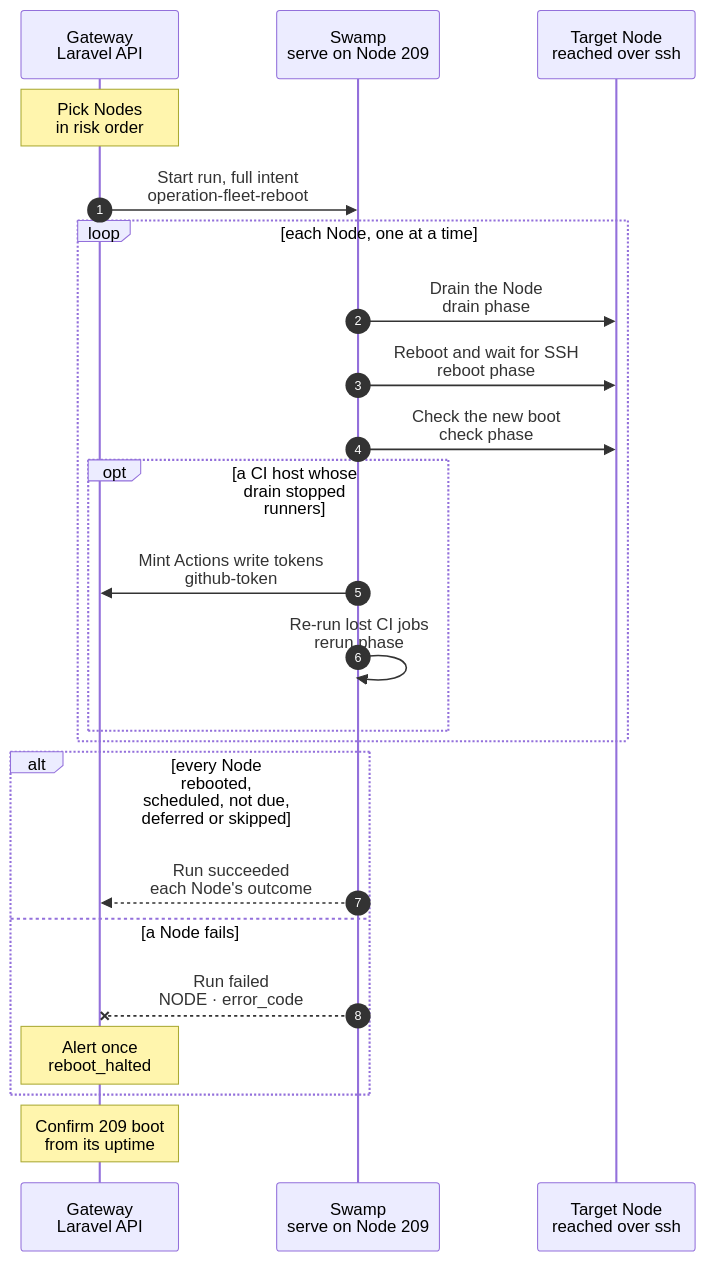
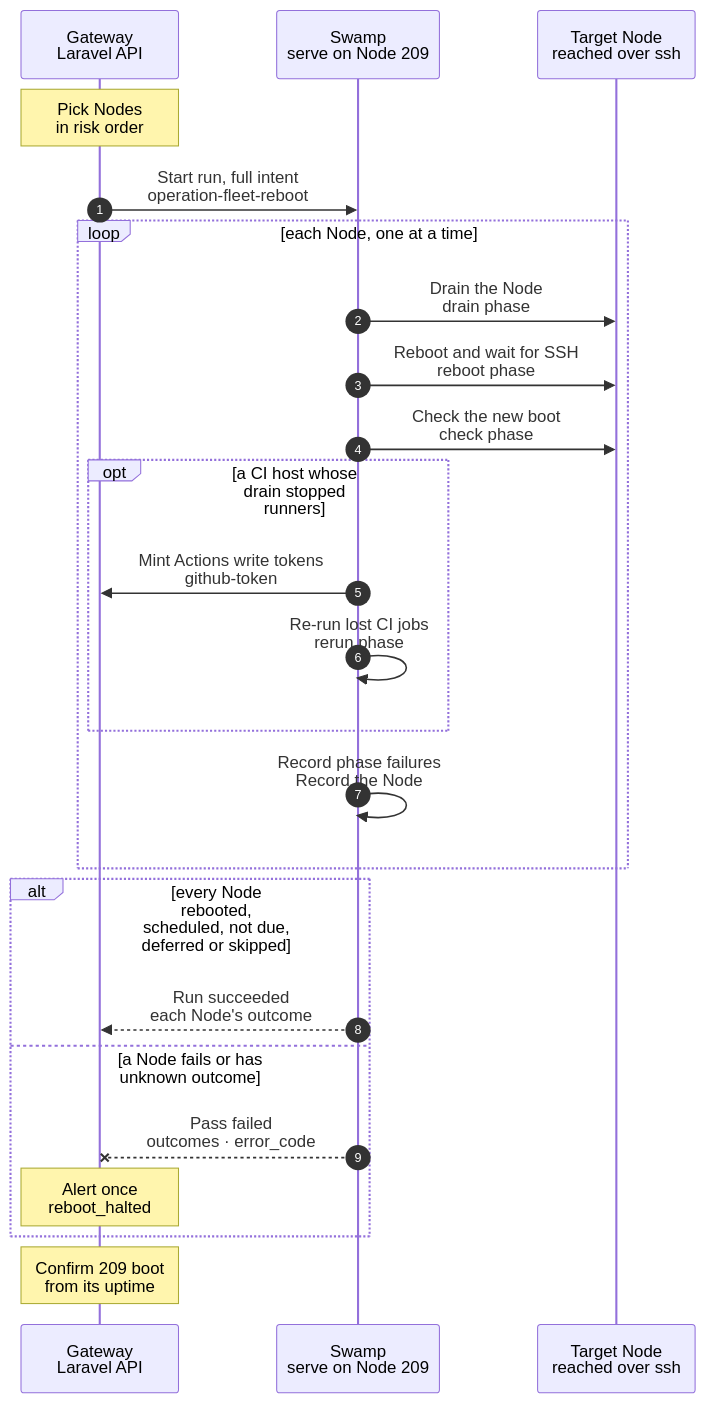
Before and after one commit to hardimpactdev/orbit: the diagram in docs/cli/fleet/reboot.mmd, drawn with Mermaid. The commit also changed 24 other files, not shown here.

First line of the commit message:
fix(fleet): retry a reboot pass's first read and record an unreachable Node as failed (#3362)

```diff
--- a/docs/cli/fleet/reboot.mmd
+++ b/docs/cli/fleet/reboot.mmd
@@ -1,64 +1,74 @@
 sequenceDiagram
   %% Target design: ADR 0253, drained Node reboots one at a time; docs/reference/gateway-recovery.md#fleet-reboot.
   %% status: draft
   %% kind: fleet.reboot
   autonumber
   %% lane GW icon=gateway pill=intent tone=blue
   %% lane SW icon=workflow pill=executes tone=green
   %% lane N icon=server pill=target tone=amber
   participant GW as Gateway<br/>Laravel API
   participant SW as Swamp<br/>serve on Node 209
   participant N as Target Node<br/>reached over ssh
   Note over GW: Pick Nodes<br/>in risk order
   %%> When:
   %%> - every day at 03:06 Europe/Amsterdam, after the rollout admission; the window is 03:00–06:00
   %%> - when an operator posts to `fleet/reboot`; that pass ignores the window
   %%> - always while `ORBIT_FLEET_REBOOT` is on (the default)
   %%> Picks:
   %%> - every active Linux Node with a WireGuard address and a pinned host key, except task VMs
   %%> - in the rollout's groups, then the control path (`vpn` hub, Gateway, `swamp.orbit` Node), then the `swamp` Node
   %%> - a reboot hold is frozen as `defer: operator_hold`; a held Node is read but never drained or rebooted
   %%> - a task host with open task work is read and reported `deferred` (`tasks_busy`)
   %%> Requirements:
   %%> - no other pass, no fleet rollout and no Gateway release runs; they refuse each other
   GW->>SW: Start run, full intent<br/>operation-fleet-reboot
   %%> While it runs:
   %%> - task calls for its task hosts refuse with `tasks.host_rebooting`; placement and image refresh skip them
   loop each Node, one at a time
     SW->>N: Drain the Node<br/>drain phase
     %%> Why:
+    %%> - only the initial safe boot-state reads retry SSH exit 255: eight attempts, 10 s each, with Ansible backoff (0, 1, 3, 7, 15, 30, 30 s); at most 166 s before overhead
+    %%> - drain, stops and reboot use zero SSH retries; a disconnect after execution never replays the command
+    %%> - a held Node that cannot be read fails and halts the pass, as any other Node does
     %%> - after a failed Node: `skipped`; outside the window: `deferred`; no `/var/run/reboot-required`: `not_due`
     %%> - a due held Node records boot ID, kernel and due time, then `deferred` (`operator_hold`); without a due reboot it stays `not_due`
     %%> - CI: stop each idle runner, frozen while read; a job still running after 15 min defers the Node
     %%> - task guests stop and are recorded parked; on the Gateway the scheduler stops and Horizon drains within 15 min
     %%> - record `drain_started` before the first stop; rescue runs the existing Gateway and CI recovery only after that marker
     SW->>N: Reboot and wait for SSH<br/>reboot phase
     %%> Why:
     %%> - the swamp Node instead schedules its own reboot after the run ends: `scheduled`
     SW->>N: Check the new boot<br/>check phase
     %%> Checks:
     %%> - new boot ID, newest kernel, nothing due, no newly failed unit, agent, Gateway scheduler and Horizon, hub tunnel and source unit active
     opt a CI host whose drain stopped runners
       SW->>GW: Mint Actions write tokens<br/>github-token
       %%> Why:
       %%> - one `actions: write` token per Project repository, from the App's existing permission; no runner administration (ADR 0223)
       SW->>SW: Re-run lost CI jobs<br/>rerun phase
       %%> Picks:
       %%> - failed jobs a stopped runner was still running at its freeze; never a cancelled run
       %%> - `rerun-failed-jobs` once, only while the run is still at that attempt; the Node's result lists them
     end
+    SW->>SW: Record phase failures<br/>Record the Node
+    %%> Why:
+    %%> - always on the controller, including after UNREACHABLE bypasses Ansible rescue
+    %%> - private JSON callback reports supply `failed` / `fleet.node_unreachable` and bounded redacted SSH diagnostic text
+    %%> - a started phase without a terminal report or Node outcome is `failed` / `fleet.reboot_cut`; `not_reached` needs an earlier recorded halt
   end
   alt every Node rebooted, scheduled, not due, deferred or skipped
     SW-->>GW: Run succeeded<br/>each Node's outcome
     %%> Result:
     %%> - every Node result shows `reboot_hold` as admitted; held task hosts keep taking work
     %%> - the Gateway records parked task VMs; a Node due for more than 3 days raises `reboot_overdue`
-  else a Node fails
-    SW--xGW: Run failed<br/>NODE · error_code
+  else a Node fails or has unknown outcome
+    SW--xGW: Pass failed<br/>outcomes · error_code
     %%> Why stop:
-    %%> - the pass visits no Node after it; the next pass starts again there
+    %%> - without a Node report, the Gateway records `unknown` / `run_interrupted`, fails the pass and alerts once
+    %%> - missing records before a recorded halt stay unknown; only Nodes after that halt may be `not_reached`
+    %%> - after a recorded Node failure, later Nodes record `skipped` / `halted` without SSH; the next pass starts again there
     Note over GW: Alert once<br/>reboot_halted
   end
   Note over GW: Confirm 209 boot<br/>from its uptime
   %%> Retry:
   %%> - 30 minutes after the pass without a new boot: `reboot_unconfirmed`
```
